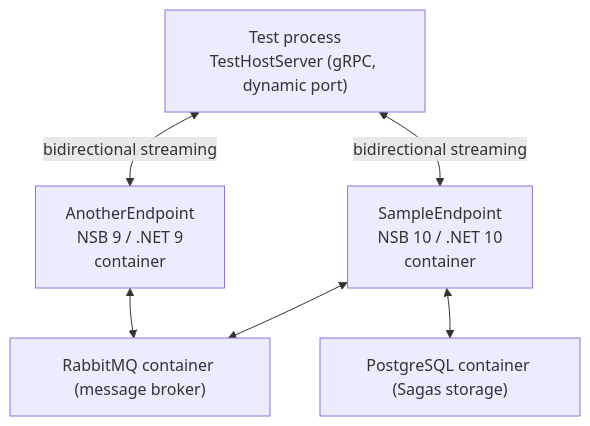
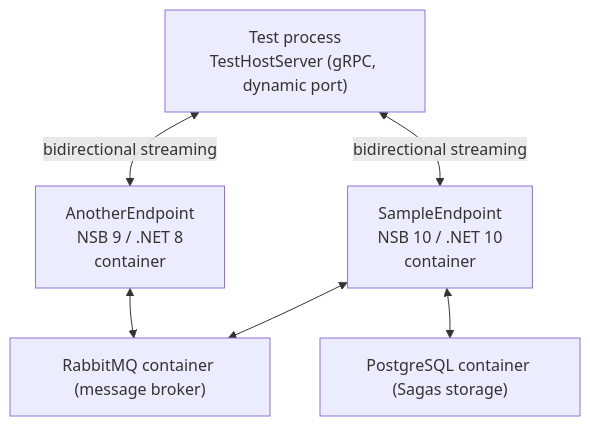
The diagram in README.md (mauroservienti/NServiceBus.IntegrationTesting), drawn with Mermaid before and after one commit. The commit also changed other lines of this file and 18 other files, not shown here.

````diff
--- a/README.md
+++ b/README.md
@@ -18,17 +18,17 @@
 ```mermaid
 graph TD
     TestHost["Test process<br/>TestHostServer (gRPC, dynamic port)"]
     
     SampleEndpoint["SampleEndpoint<br/>NSB 10 / .NET 10<br/>container"]
-    AnotherEndpoint["AnotherEndpoint<br/>NSB 9 / .NET 9<br/>container"]
+    AnotherEndpoint["AnotherEndpoint<br/>NSB 9 / .NET 8<br/>container"]
     
     RabbitMQ["RabbitMQ container (message broker)"]
     PostgreSQL["PostgreSQL container (Sagas storage)"]
     
     TestHost <-->|bidirectional streaming| SampleEndpoint
     TestHost <-->|bidirectional streaming| AnotherEndpoint
     
     SampleEndpoint <--> RabbitMQ
     SampleEndpoint <--> PostgreSQL
     AnotherEndpoint <--> RabbitMQ
 ```
````
